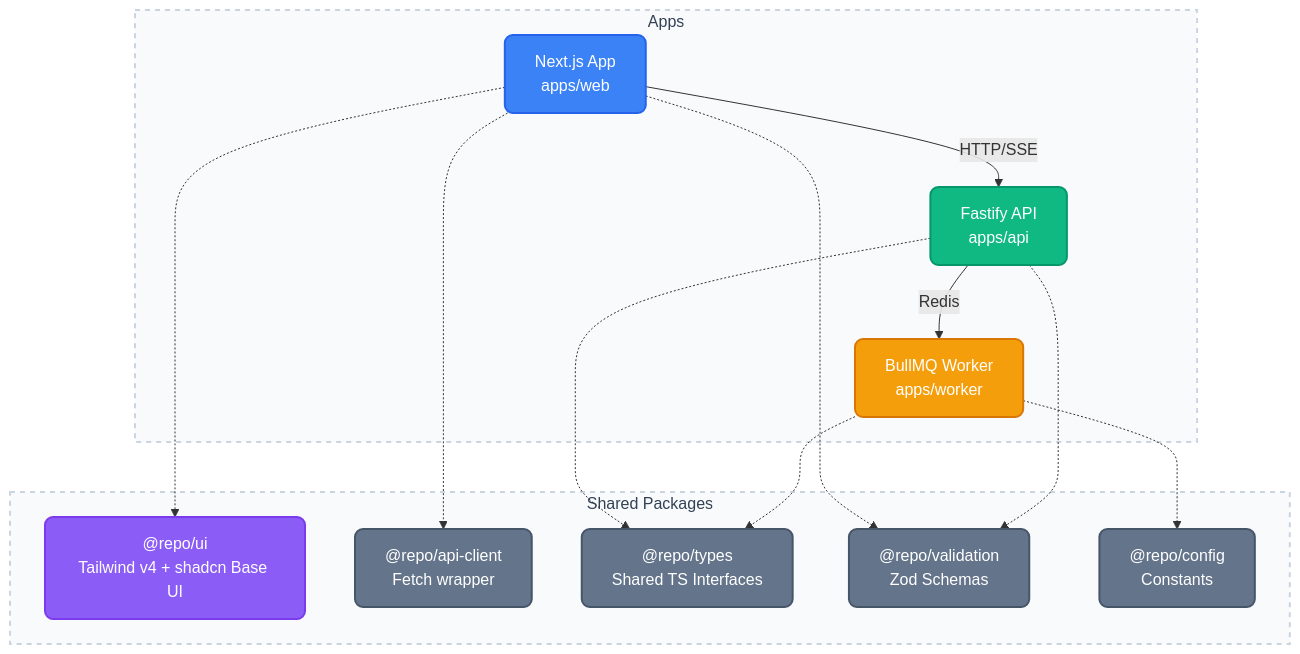
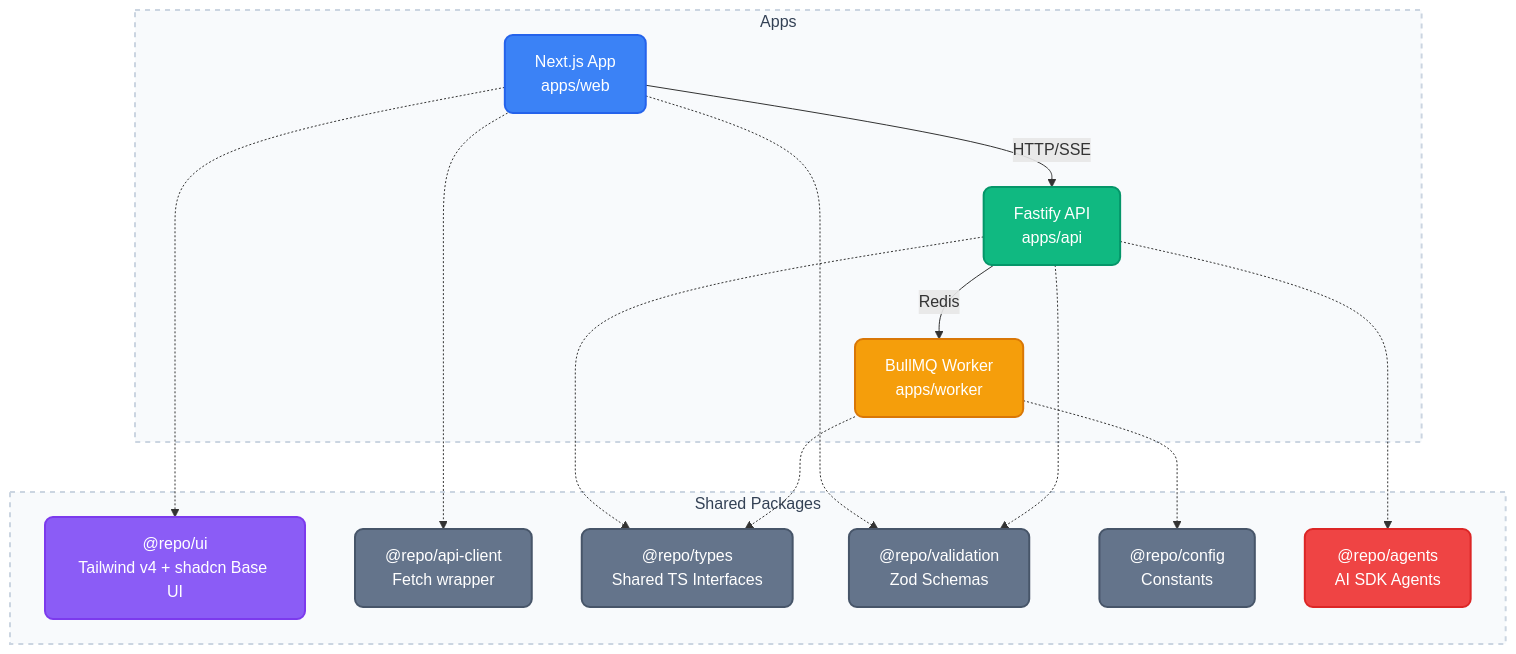
Before and after one commit to imRahul05/ASC-EHR: the diagram in README.md, drawn with Mermaid.

Commit message:
docs: add @repo/agents package to architecture diagram

````diff
--- a/README.md
+++ b/README.md
@@ -7,38 +7,41 @@
 ```mermaid
 flowchart TD
     %% Node Styling Definitions
     classDef webApp fill:#3b82f6,stroke:#2563eb,stroke-width:2px,color:#fff,rx:8px,ry:8px
     classDef apiApp fill:#10b981,stroke:#059669,stroke-width:2px,color:#fff,rx:8px,ry:8px
     classDef workerApp fill:#f59e0b,stroke:#d97706,stroke-width:2px,color:#fff,rx:8px,ry:8px
     classDef packageUI fill:#8b5cf6,stroke:#7c3aed,stroke-width:2px,color:#fff,rx:8px,ry:8px
     classDef packageCore fill:#64748b,stroke:#475569,stroke-width:2px,color:#fff,rx:8px,ry:8px
+    classDef packageAI fill:#ef4444,stroke:#dc2626,stroke-width:2px,color:#fff,rx:8px,ry:8px
     classDef container fill:#f8fafc,stroke:#cbd5e1,stroke-width:2px,stroke-dasharray: 5 5,color:#334155
 
     subgraph Apps ["Apps"]
         Web["Next.js App<br/>apps/web"]:::webApp
         API["Fastify API<br/>apps/api"]:::apiApp
         Worker["BullMQ Worker<br/>apps/worker"]:::workerApp
     end
 
     subgraph SharedPackages ["Shared Packages"]
         UI["@repo/ui<br/>Tailwind v4 + shadcn Base UI"]:::packageUI
         APIClient["@repo/api-client<br/>Fetch wrapper"]:::packageCore
         Types["@repo/types<br/>Shared TS Interfaces"]:::packageCore
         Validation["@repo/validation<br/>Zod Schemas"]:::packageCore
         Config["@repo/config<br/>Constants"]:::packageCore
+        Agents["@repo/agents<br/>AI SDK Agents"]:::packageAI
     end
 
     class Apps,SharedPackages container
 
     Web -->|HTTP/SSE| API
     Web -.-> UI
     Web -.-> APIClient
     Web -.-> Validation
     
     API -->|Redis| Worker
     API -.-> Validation
     API -.-> Types
+    API -.-> Agents
 
     Worker -.-> Types
     Worker -.-> Config
 ```
````
